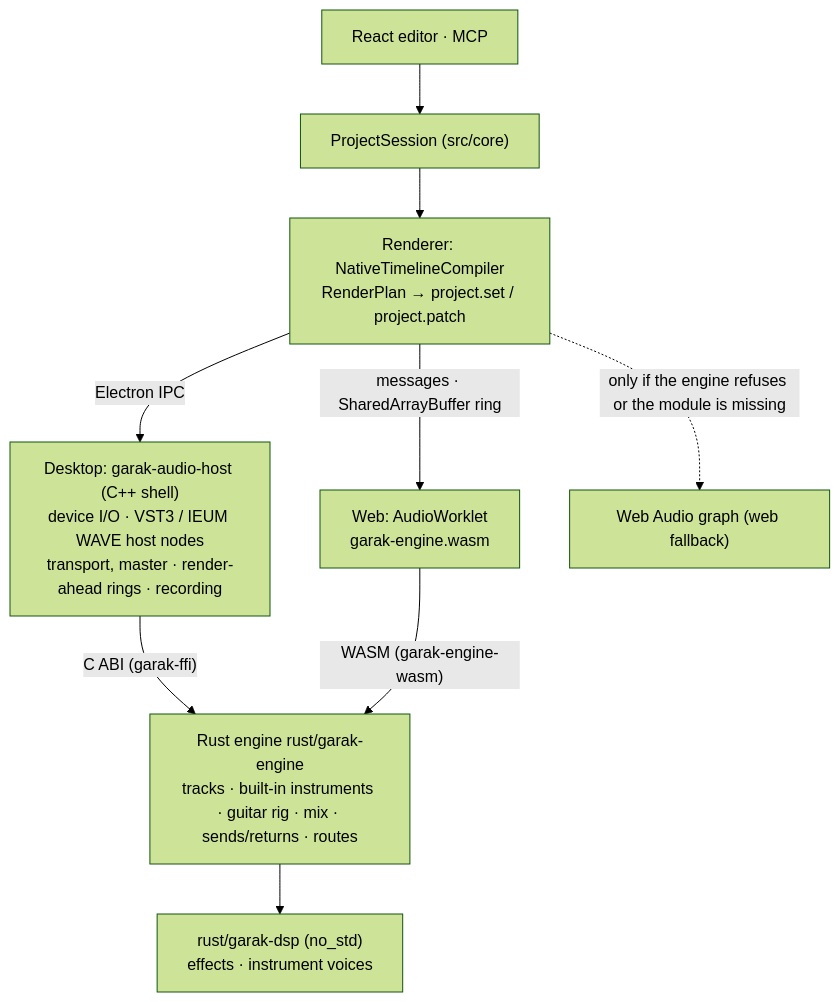
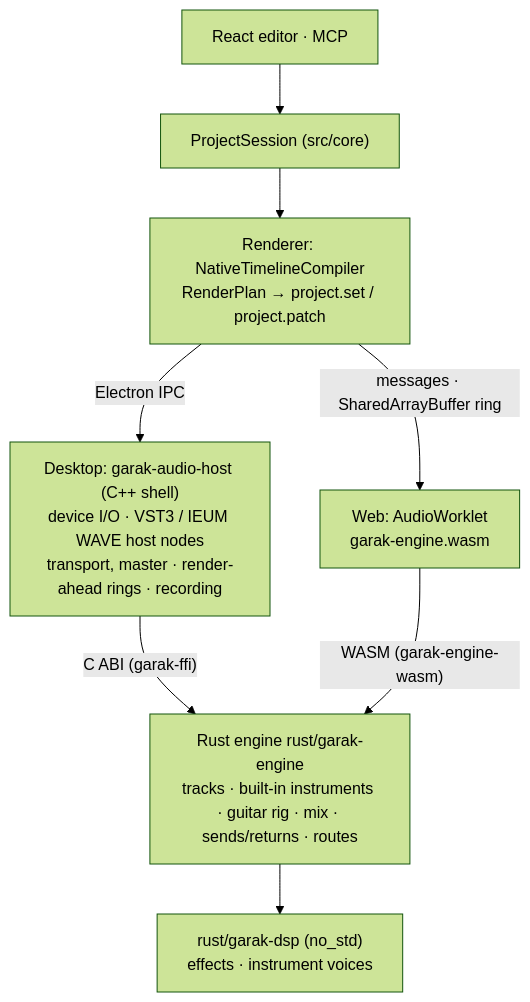
The diagram in README.en.md (songchez/garak-ieum), drawn with Mermaid (forest theme) before and after one commit. The commit also changed other lines of this file and 33 other files, not shown here.

Commit message:
docs(web): the Rust engine is the only web renderer (0.3.3)

````diff
--- a/README.en.md
+++ b/README.en.md
@@ -66,11 +66,10 @@
 ```mermaid
 flowchart TD
   UI["React editor · MCP"] --> S["ProjectSession (src/core)"]
   S --> C["Renderer: NativeTimelineCompiler<br/>RenderPlan → project.set / project.patch"]
   C -->|"Electron IPC"| H["Desktop: garak-audio-host (C++ shell)<br/>device I/O · VST3 / IEUM WAVE host nodes<br/>transport, master · render-ahead rings · recording"]
   C -->|"messages · SharedArrayBuffer ring"| W["Web: AudioWorklet<br/>garak-engine.wasm"]
   H -->|"C ABI (garak-ffi)"| E["Rust engine rust/garak-engine<br/>tracks · built-in instruments · guitar rig · mix · sends/returns · routes"]
   W -->|"WASM (garak-engine-wasm)"| E
   E --> D["rust/garak-dsp (no_std)<br/>effects · instrument voices"]
-  C -.->|"only if the engine refuses or the module is missing"| F["Web Audio graph (web fallback)"]
 ```
````
